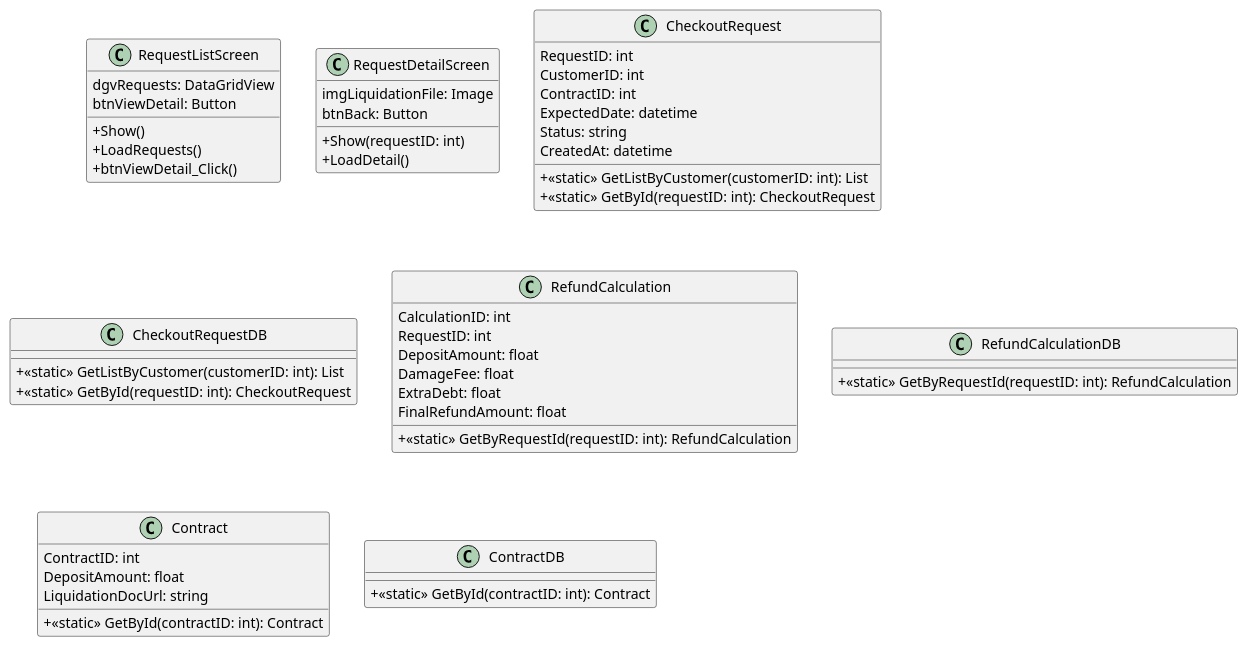
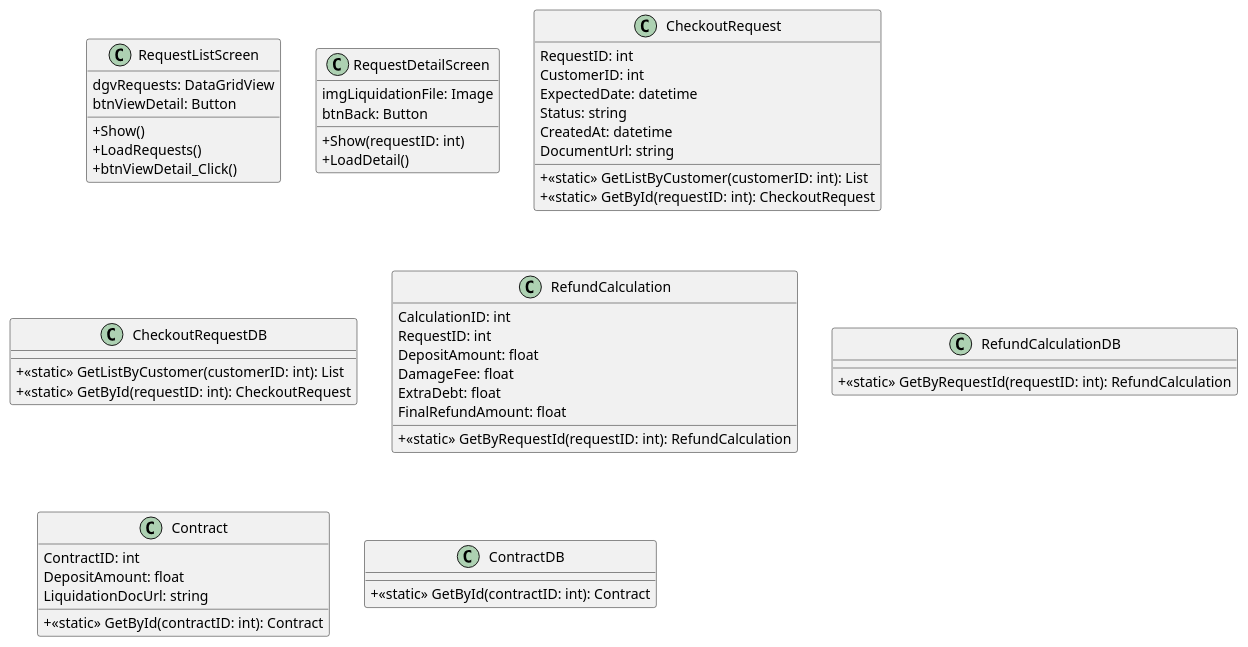
Before and after one commit to Gnourt812005/HCMUS-Analyze-and-desgin-IS: the diagram in tra_phong/class/xem_yeu_cau_tra_phong_class.wsd, drawn with PlantUML. The commit also changed 7 other files, not shown here.

Commit message:
quangdo/tra_phong: added class and sequence diagram for quan_ly_tra_phong, reviewed some sequence diagrams

```diff
--- a/tra_phong/class/xem_yeu_cau_tra_phong_class.wsd
+++ b/tra_phong/class/xem_yeu_cau_tra_phong_class.wsd
@@ -1,60 +1,60 @@
 @startuml
 skinparam classAttributeIconSize 0
 
 class RequestListScreen {
   dgvRequests: DataGridView
   btnViewDetail: Button
   + Show()
   + LoadRequests()
   + btnViewDetail_Click()
 }
 
 class RequestDetailScreen {
   imgLiquidationFile: Image
   btnBack: Button
   + Show(requestID: int)
   + LoadDetail()
 }
 
 class CheckoutRequest {
   RequestID: int
   CustomerID: int
-  ContractID: int
   ExpectedDate: datetime
   Status: string
   CreatedAt: datetime
+  DocumentUrl: string
   + <<static>> GetListByCustomer(customerID: int): List
   + <<static>> GetById(requestID: int): CheckoutRequest
 }
 
 class CheckoutRequestDB {
   + <<static>> GetListByCustomer(customerID: int): List
   + <<static>> GetById(requestID: int): CheckoutRequest
 }
 
 class RefundCalculation {
   CalculationID: int
   RequestID: int
   DepositAmount: float
   DamageFee: float
   ExtraDebt: float
   FinalRefundAmount: float
   + <<static>> GetByRequestId(requestID: int): RefundCalculation
 }
 
 class RefundCalculationDB {
   + <<static>> GetByRequestId(requestID: int): RefundCalculation
 }
 
 class Contract {
   ContractID: int
   DepositAmount: float
   LiquidationDocUrl: string
   + <<static>> GetById(contractID: int): Contract
 }
 
 class ContractDB {
   + <<static>> GetById(contractID: int): Contract
 }
 
 @enduml
```
